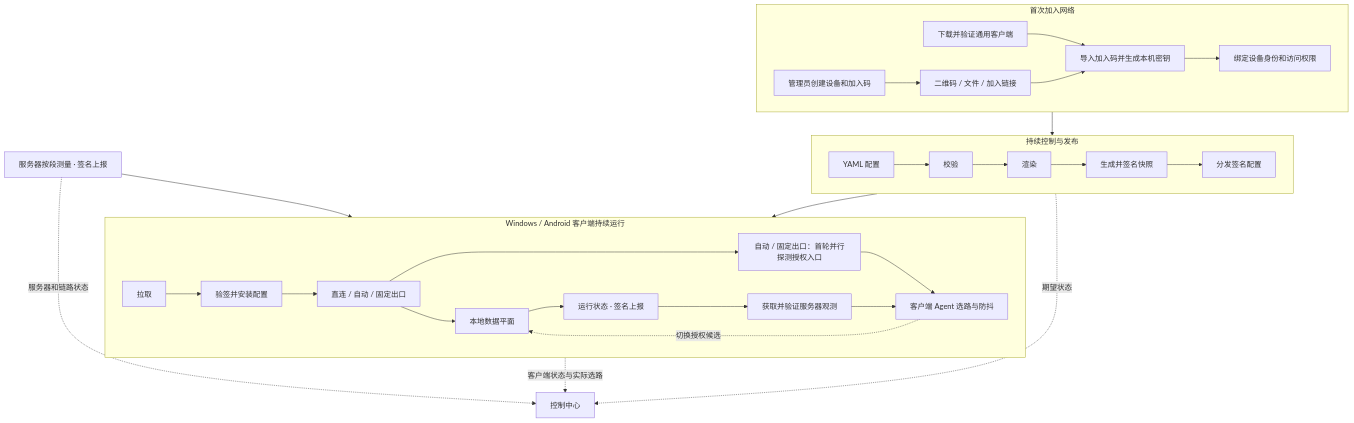
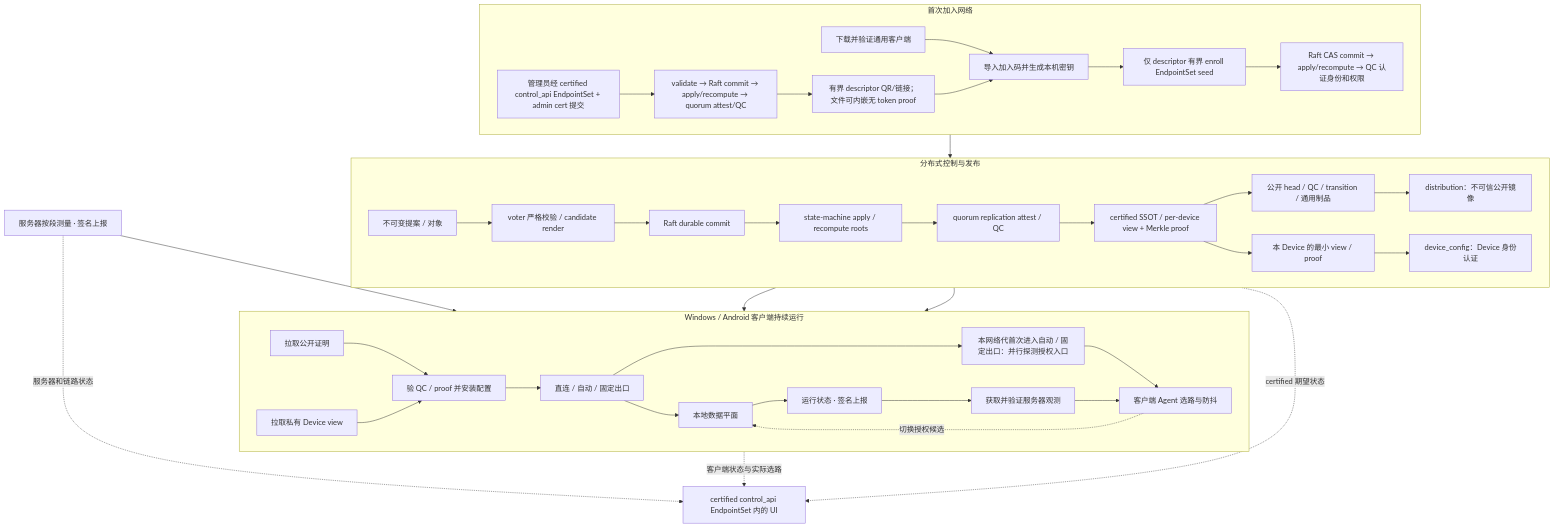
Before and after one commit to Scisaga/loom: the diagram in README.md, drawn with Mermaid. The commit also changed other lines of this file and 26 other files, not shown here.

````diff
--- a/README.md
+++ b/README.md
@@ -72,36 +90,45 @@
 ```mermaid
 flowchart TB
     subgraph Join["首次加入网络"]
         direction LR
-        Admin["管理员创建设备和加入码"] --> Carrier["二维码 / 文件 / 加入链接"]
+        Admin["管理员经 certified control_api EndpointSet + admin cert 提交"] --> Commit["validate → Raft commit → apply/recompute → quorum attest/QC"]
+        Commit --> Carrier["有界 descriptor QR/链接；文件可内嵌无 token proof"]
         Package["下载并验证通用客户端"] --> Bind["导入加入码并生成本机密钥"]
         Carrier --> Bind
-        Bind --> Identity["绑定设备身份和访问权限"]
+        Bind --> EnrollSeed["仅 descriptor 有界 enroll EndpointSet seed"]
+        EnrollSeed --> Identity["Raft CAS commit → apply/recompute → QC 认证身份和权限"]
     end
 
-    subgraph Control["持续控制与发布"]
+    subgraph Control["分布式控制与发布"]
         direction LR
-        Identity --> SSOT["YAML 配置"]
-        SSOT --> Validate["校验"] --> Render["渲染"]
-        Render --> Snapshot["生成并签名快照"]
-        Snapshot --> Distribution["分发签名配置"]
+        Identity --> Objects["不可变提案 / 对象"]
+        Objects --> Validate["voter 严格校验 / candidate render"]
+        Validate --> Quorum["Raft durable commit"]
+        Quorum --> Apply["state-machine apply / recompute roots"]
+        Apply --> Attest["quorum replication attest / QC"]
+        Attest --> Render["certified SSOT / per-device view + Merkle proof"]
+        Render --> Public["公开 head / QC / transition / 通用制品"]
+        Render --> Private["本 Device 的最小 view / proof"]
+        Public --> Distribution["distribution：不可信公开镜像"]
+        Private --> DeviceConfig["device_config：Device 身份认证"]
     end
 
     subgraph Device["Windows / Android 客户端持续运行"]
         direction LR
-        Distribution --> Pull["拉取"] --> Verify["验签并安装配置"]
+        Distribution --> PullPublic["拉取公开证明"] --> Verify["验 QC / proof 并安装配置"]
+        DeviceConfig --> PullPrivate["拉取私有 Device view"] --> Verify
         Verify --> Preference["直连 / 自动 / 固定出口"]
         Preference --> Runtime["本地数据平面"]
         Runtime --> Report["运行状态 · 签名上报"]
-        Preference --> Entry["自动 / 固定出口：首轮并行探测授权入口"]
+        Preference --> Entry["本网络代首次进入自动 / 固定出口：并行探测授权入口"]
         Entry --> Agent["客户端 Agent 选路与防抖"]
         Report --> Evidence["获取并验证服务器观测"]
         Evidence --> Agent
         Agent -.->|切换授权候选| Runtime
     end
 
     Servers["服务器按段测量 · 签名上报"] --> Evidence
-    SSOT -.->|期望状态| Console["控制中心"]
+    Attest -.->|certified 期望状态| Console["certified control_api EndpointSet 内的 UI"]
     Report -.->|客户端状态与实际选路| Console
     Servers -.->|服务器和链路状态| Console
 ```
````
